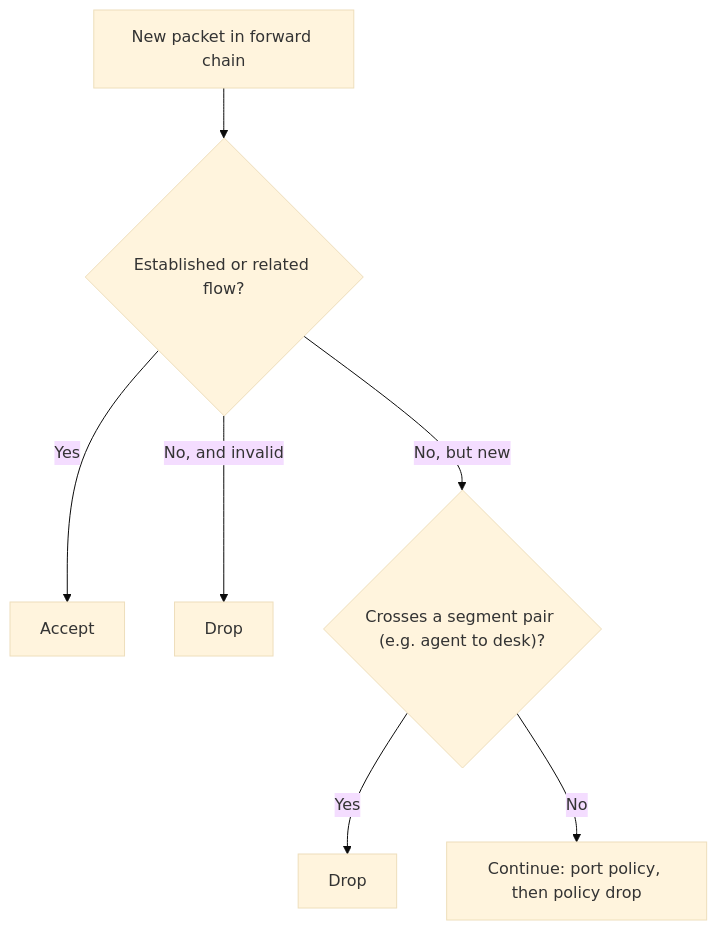
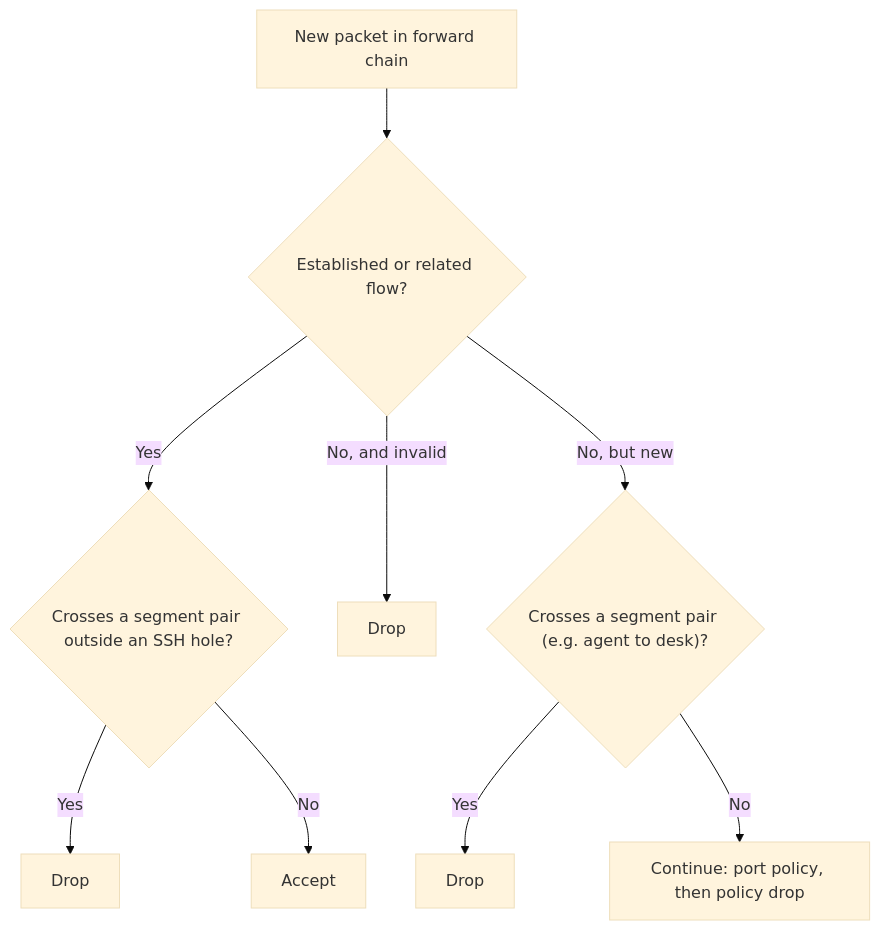
Before and after one commit to praneos/pi-fortress: the second of 2 diagrams in docs/user_guide/tutorials/02-vlan-segments.md, drawn with Mermaid (base theme). The commit also changed other lines of this file and 6 other files, not shown here.

First line of the commit message:
render: segment isolation also decides established flows

````diff
--- a/docs/user_guide/tutorials/02-vlan-segments.md
+++ b/docs/user_guide/tutorials/02-vlan-segments.md
@@ -58,9 +59,11 @@
 ```mermaid
 flowchart TD
     A["New packet in forward chain"] --> B{"Established or related flow?"}
-    B -->|"Yes"| Z["Accept"]
+    B -->|"Yes"| I{"Crosses a segment pair outside an SSH hole?"}
+    I -->|"Yes"| X["Drop"]
+    I -->|"No"| Z["Accept"]
     B -->|"No, and invalid"| Y["Drop"]
     B -->|"No, but new"| C{"Crosses a segment pair (e.g. agent to desk)?"}
     C -->|"Yes"| E["Drop"]
     C -->|"No"| F["Continue: port policy, then policy drop"]
 ```
````
